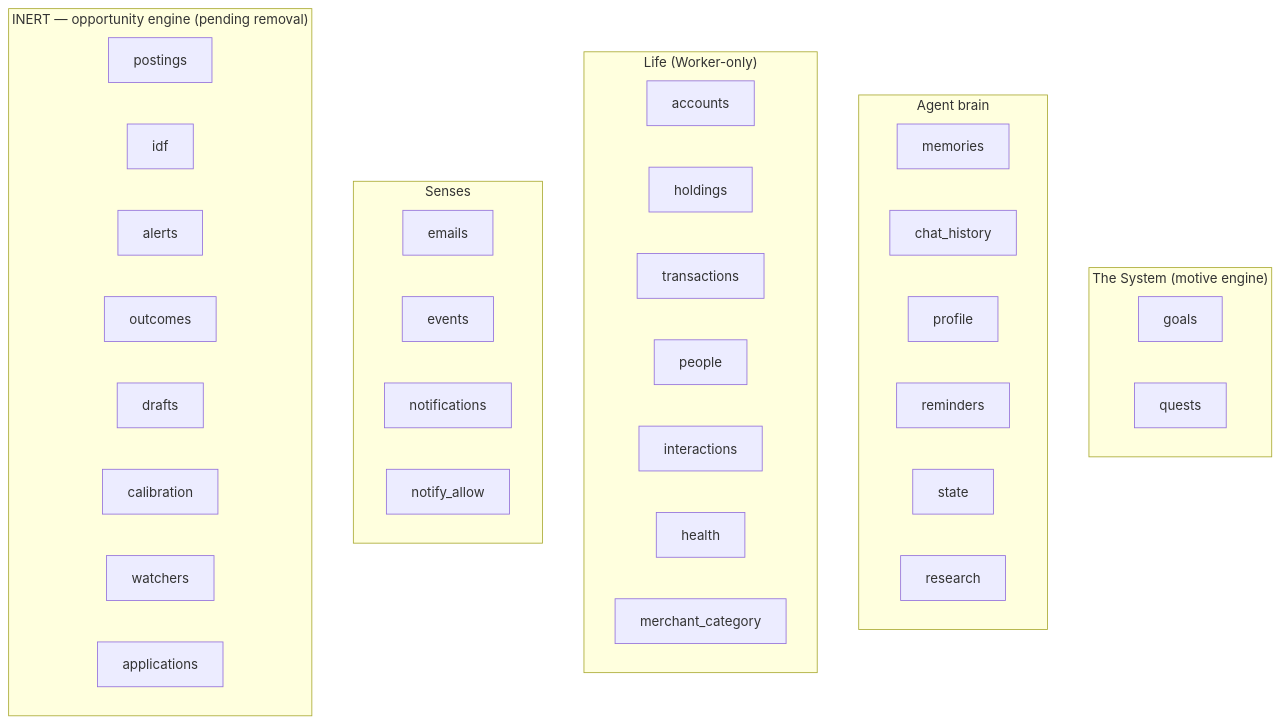
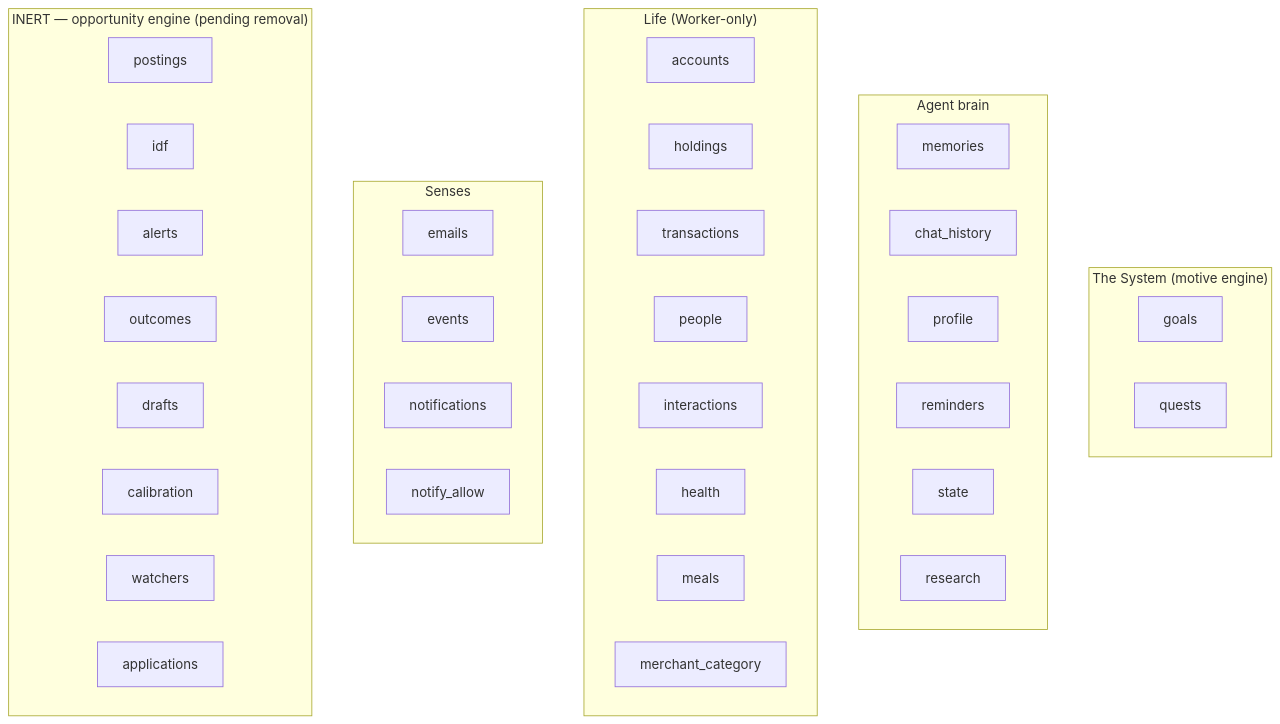
The first of 2 diagrams in docs/02-data-model.md (saquibjawedbit/grabber), drawn with Mermaid before and after one commit. The commit also changed other lines of this file and 14 other files, not shown here.

````diff
--- a/docs/02-data-model.md
+++ b/docs/02-data-model.md
@@ -21,18 +21,18 @@
 ```mermaid
 flowchart TB
   subgraph system["The System (motive engine)"]
     goals; quests
   end
   subgraph brain["Agent brain"]
     memories; chat_history; profile; reminders; state; research
   end
   subgraph life["Life (Worker-only)"]
-    accounts; holdings; transactions; people; interactions; health; merchant_category
+    accounts; holdings; transactions; people; interactions; health; meals; merchant_category
   end
   subgraph senses["Senses"]
     emails; events; notifications; notify_allow
   end
   subgraph dead["INERT — opportunity engine (pending removal)"]
     postings; idf; alerts; outcomes; drafts; calibration; watchers; applications
   end
 ```
````
